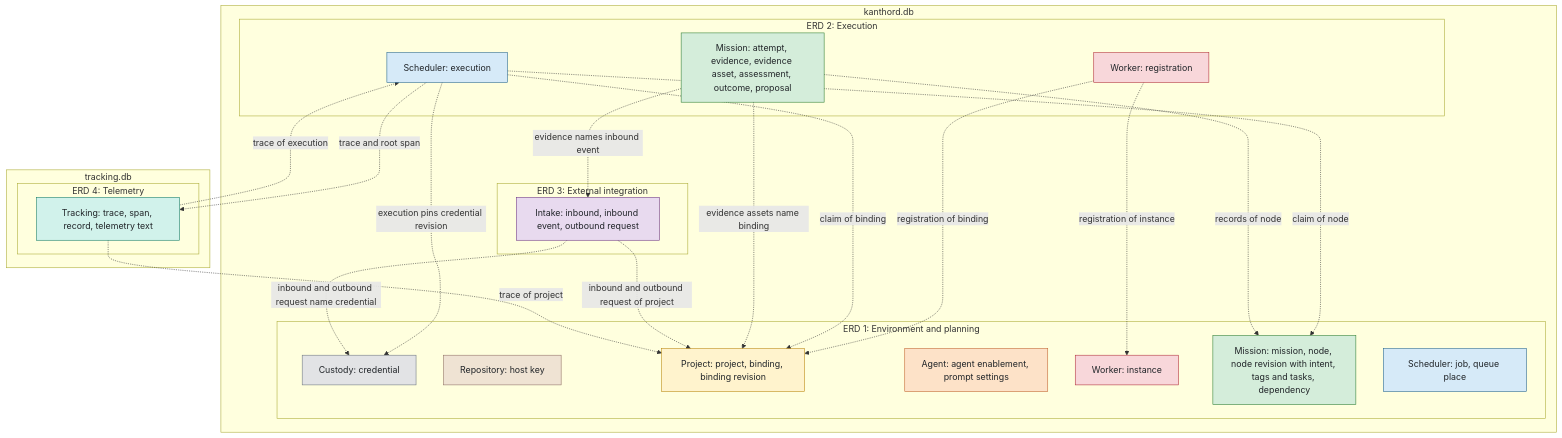
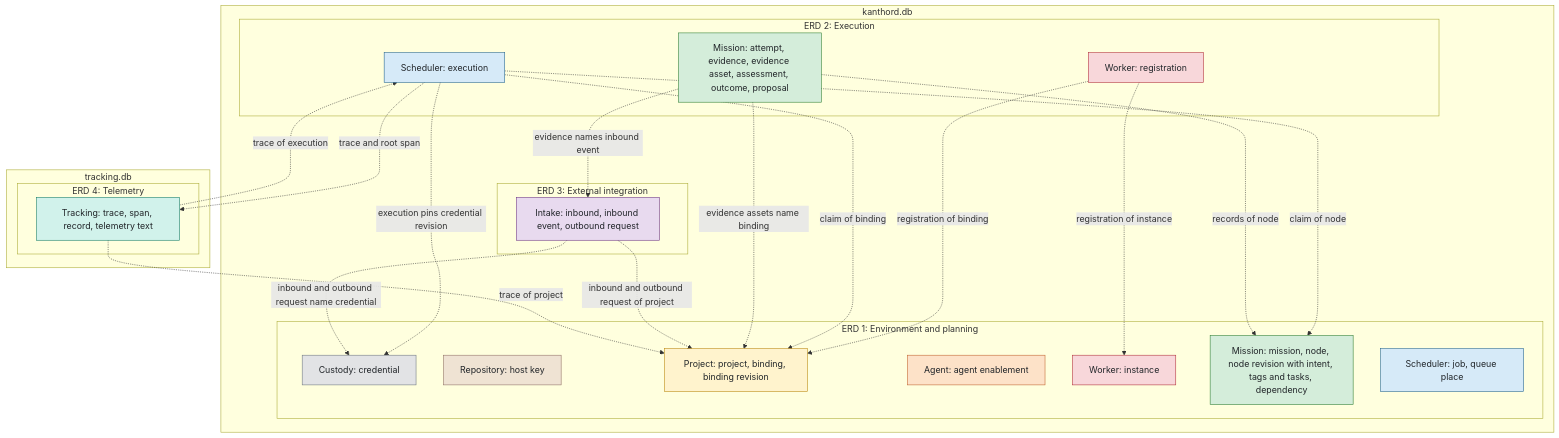
Before and after one commit to kanthorlabs/kanthord: the diagram in docs/reference/erd/README.md, drawn with Mermaid. The commit also changed other lines of this file and 16 other files, not shown here.

First line of the commit message:
docs(prompt): document the agent prompt files and the binding prompts

````diff
--- a/docs/reference/erd/README.md
+++ b/docs/reference/erd/README.md
@@ -32,63 +32,63 @@
 ```mermaid
 flowchart TB
     subgraph db1["kanthord.db"]
         subgraph v1["ERD 1: Environment and planning"]
             c1["Custody: credential"]
             r1["Repository: host key"]
             p1["Project: project, binding, binding revision"]
-            a1["Agent: agent enablement, prompt settings"]
+            a1["Agent: agent enablement"]
             w1["Worker: instance"]
             m1["Mission: mission, node, node revision with intent, tags and tasks, dependency"]
             s1["Scheduler: job, queue place"]
         end
         subgraph v2["ERD 2: Execution"]
             w2["Worker: registration"]
             s2["Scheduler: execution"]
             m2["Mission: attempt, evidence, evidence asset, assessment, outcome, proposal"]
         end
         subgraph v3["ERD 3: External integration"]
             i3["Intake: inbound, inbound event, outbound request"]
         end
     end
     subgraph db2["tracking.db"]
         subgraph v4["ERD 4: Telemetry"]
             t4["Tracking: trace, span, record, telemetry text"]
         end
     end
 
     w2 -.->|registration of binding| p1
     w2 -.->|registration of instance| w1
     s2 -.->|claim of node| m1
     s2 -.->|claim of binding| p1
     s2 -.->|execution pins credential revision| c1
     m2 -.->|records of node| m1
     m2 -.->|evidence assets name binding| p1
 
     i3 -.->|inbound and outbound request of project| p1
     i3 -.->|inbound and outbound request name credential| c1
     m2 -.->|evidence names inbound event| i3
 
     t4 -.->|trace of execution| s2
     s2 -.->|trace and root span| t4
     t4 -.->|trace of project| p1
 
     classDef custody fill:#e2e3e5,stroke:#6c757d,color:#212529
     classDef repository fill:#efe3d3,stroke:#8d6e63,color:#212529
     classDef project fill:#fff3cd,stroke:#b8860b,color:#212529
     classDef worker fill:#f8d7da,stroke:#b02a37,color:#212529
     classDef agent fill:#fde2c8,stroke:#c0602b,color:#212529
     classDef mission fill:#d4edda,stroke:#2e7d32,color:#212529
     classDef scheduler fill:#d6eaf8,stroke:#1f618d,color:#212529
     classDef intake fill:#e8daef,stroke:#6c3483,color:#212529
     classDef tracking fill:#d1f2eb,stroke:#117a65,color:#212529
 
     class c1 custody
     class r1 repository
     class p1 project
     class w1,w2 worker
     class a1 agent
     class m1,m2 mission
     class s1,s2 scheduler
     class i3 intake
     class t4 tracking
 ```
````
